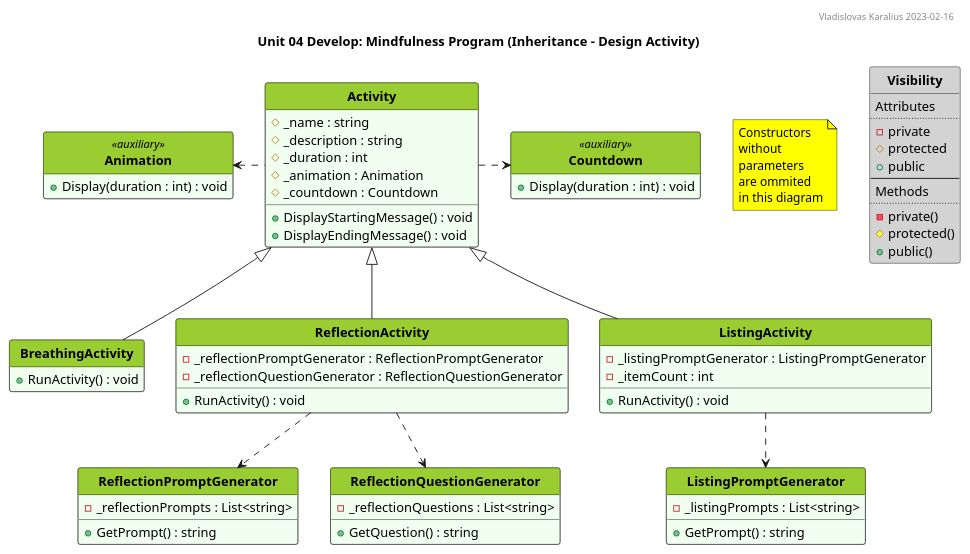
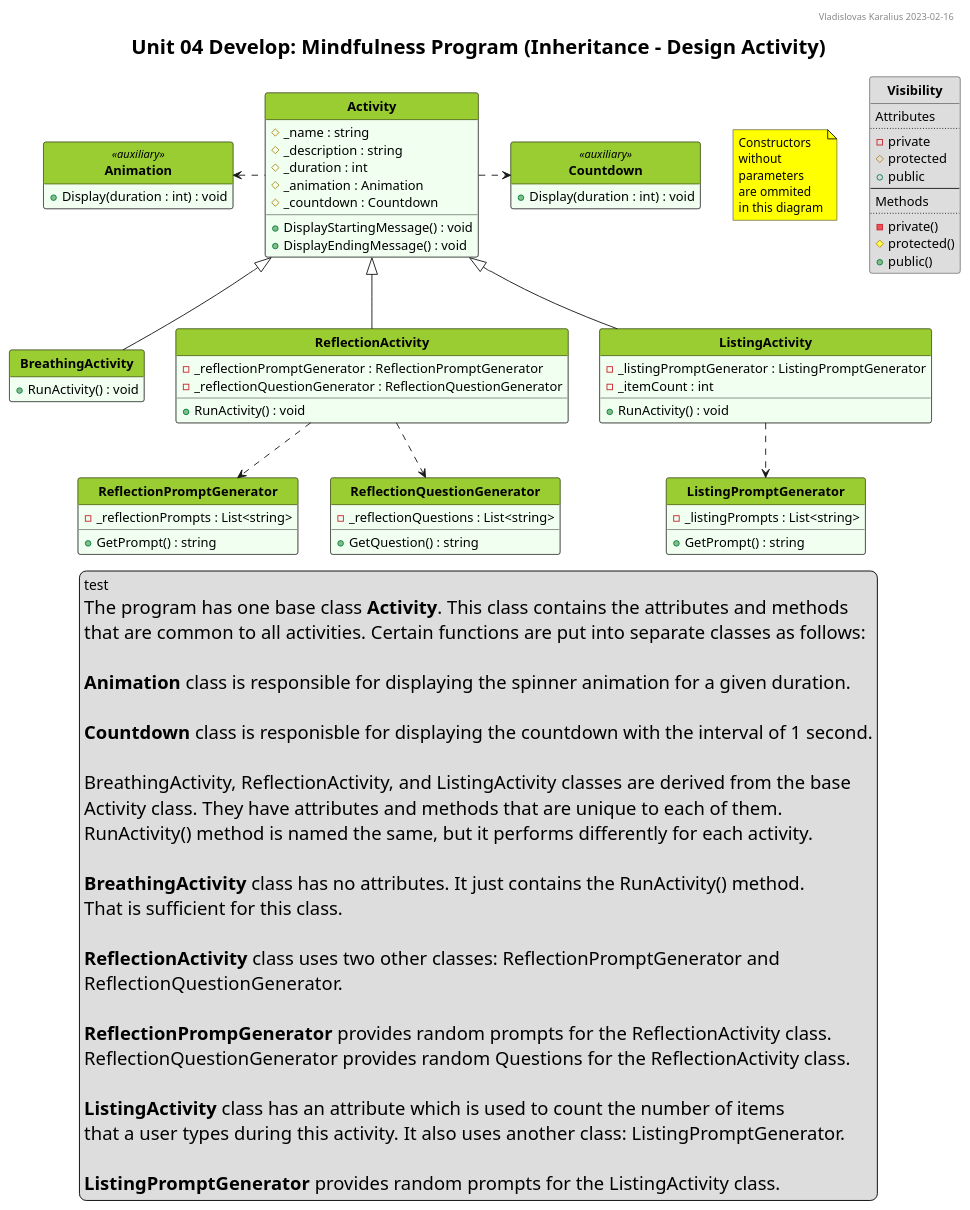
One commit to VladKaralius/cse210-projects changed the diagram in prove/Develop04/UML_diagram.pu. Above: the diagram before and after it, drawn with PlantUML. The commit also changed 2 other files, not shown here.

Commit message:
UML diagram tests

```diff
--- a/prove/Develop04/UML_diagram.pu
+++ b/prove/Develop04/UML_diagram.pu
@@ -1,123 +1,152 @@
 @startuml UML_diagram
 
 '--Formatting options--
 hide circle
 hide empty members
 'skinparam classAttributeIconSize 0
 skinparam style strictuml
 'skinparam groupInheritance 2
 'skinparam linetype ortho
 'skinparam Nodesep 15
 'skinparam Ranksep 25
 'left to right direction
 
 '--Styling--
 'skinparam BackgroundColor White/LightGreen
+skinparam TitleFontSize 22
+
 <style>
 classDiagram {
   class {
     '-attributes and methods-
     'FontSize 14
     'FontColor black
     'BackgroundColor #fefece
     BackgroundColor #f0fff0
     'RoundCorner 0
     '-class name-
     header {
       'FontSize 12
       'FontColor Black
       FontStyle bold
       BackgroundColor YellowGreen
     }
   }
   note {
     BackgroundColor Yellow
   }
-}
+  legend {
+    FontSize 20
+  }
 </style>
 
-'--Header/footer, title, legend--
+'--Header, footer, title, explanations--
 header Vladislovas Karalius 2023-02-16
 title Unit 04 Develop: Mindfulness Program (Inheritance - Design Activity)
 
-'legend top left
-'  Constructors without parameters are ommited in this diagram
-'endlegend
-
-note "Constructors\nwithout\nparameters\nare ommited\nin this diagram" as N1
+note  "Constructors\nwithout\nparameters\nare ommited\nin this diagram" as N1
 
 ' Dummy class that explains visibility symbols
-class Visibility #LightGray{
+class Visibility #dddddd {
 Attributes
 ..
 - private
 # protected
 + public
 --
 Methods
 ..
 - private()
 # protected()
 + public()
 }
 
 '--Main--
 class Activity {
   # _name : string
   # _description : string
   # _duration : int
   # _animation : Animation
   # _countdown : Countdown
   + DisplayStartingMessage() : void
   + DisplayEndingMessage() : void
 }
 
 class BreathingActivity {
   + RunActivity() : void
 }
 
 class ReflectionActivity {
   - _reflectionPromptGenerator : ReflectionPromptGenerator
   - _reflectionQuestionGenerator : ReflectionQuestionGenerator
   + RunActivity() : void
 }
 
 class ListingActivity {
   - _listingPromptGenerator : ListingPromptGenerator
   - _itemCount : int
   + RunActivity() : void
 }
 
 class ReflectionPromptGenerator {
   - _reflectionPrompts : List<string>
   + GetPrompt() : string
 }
 
 class ReflectionQuestionGenerator {
   - _reflectionQuestions : List<string>
   + GetQuestion() : string
 }
 
 class ListingPromptGenerator {
   - _listingPrompts : List<string>
   + GetPrompt() : string
 }
 
 class Animation <<auxiliary>> {
   + Display(duration : int) : void
 }
 
 class Countdown <<auxiliary>> {
   + Display(duration : int) : void
 }
 
 Activity <|-- BreathingActivity
 Activity <|-- ReflectionActivity
 Activity <|-- ListingActivity
 ReflectionActivity ..> ReflectionPromptGenerator
 ReflectionActivity ..> ReflectionQuestionGenerator
 ListingActivity ..> ListingPromptGenerator
 Activity .left.> Animation
 Activity .right.> Countdown
 
+'--Description--
+legend
+<size:15>test</size>
+The program has one base class **Activity**. This class contains the attributes and methods
+that are common to all activities. Certain functions are put into separate classes as follows:
+
+**Animation** class is responsible for displaying the spinner animation for a given duration.
+
+**Countdown** class is responisble for displaying the countdown with the interval of 1 second.
+
+BreathingActivity, ReflectionActivity, and ListingActivity classes are derived from the base
+Activity class. They have attributes and methods that are unique to each of them.
+RunActivity() method is named the same, but it performs differently for each activity.
+
+**BreathingActivity** class has no attributes. It just contains the RunActivity() method.
+That is sufficient for this class.
+
+**ReflectionActivity** class uses two other classes: ReflectionPromptGenerator and
+ReflectionQuestionGenerator.
+
+**ReflectionPrompGenerator** provides random prompts for the ReflectionActivity class.
+ReflectionQuestionGenerator provides random Questions for the ReflectionActivity class.
+
+**ListingActivity** class has an attribute which is used to count the number of items
+that a user types during this activity. It also uses another class: ListingPromptGenerator.
+
+**ListingPromptGenerator** provides random prompts for the ListingActivity class.
+endlegend
+
 @enduml
```
